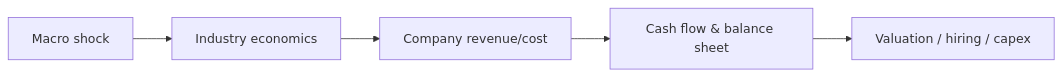
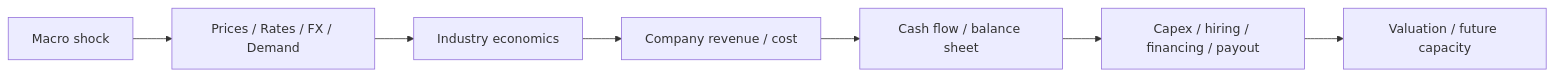
One commit to hunggtham/learning-docs changed the diagram in korea_business_economy_knowledge_library/21_economy_to_company_transmission.md. Above: the diagram before and after it, drawn with Mermaid. The commit also changed other lines of this file, not shown here.

Commit message:
Rewrite macro to company transmission framework

````diff
--- a/korea_business_economy_knowledge_library/21_economy_to_company_transmission.md
+++ b/korea_business_economy_knowledge_library/21_economy_to_company_transmission.md
@@ -7,7 +9,9 @@
 ```mermaid
 graph LR
-    M[Macro shock] --> I[Industry economics]
-    I --> C[Company revenue/cost]
-    C --> F[Cash flow & balance sheet]
-    F --> V[Valuation / hiring / capex]
+    M[Macro shock] --> P[Prices / Rates / FX / Demand]
+    P --> I[Industry economics]
+    I --> C[Company revenue / cost]
+    C --> B[Cash flow / balance sheet]
+    B --> D[Capex / hiring / financing / payout]
+    D --> V[Valuation / future capacity]
 ```
````
